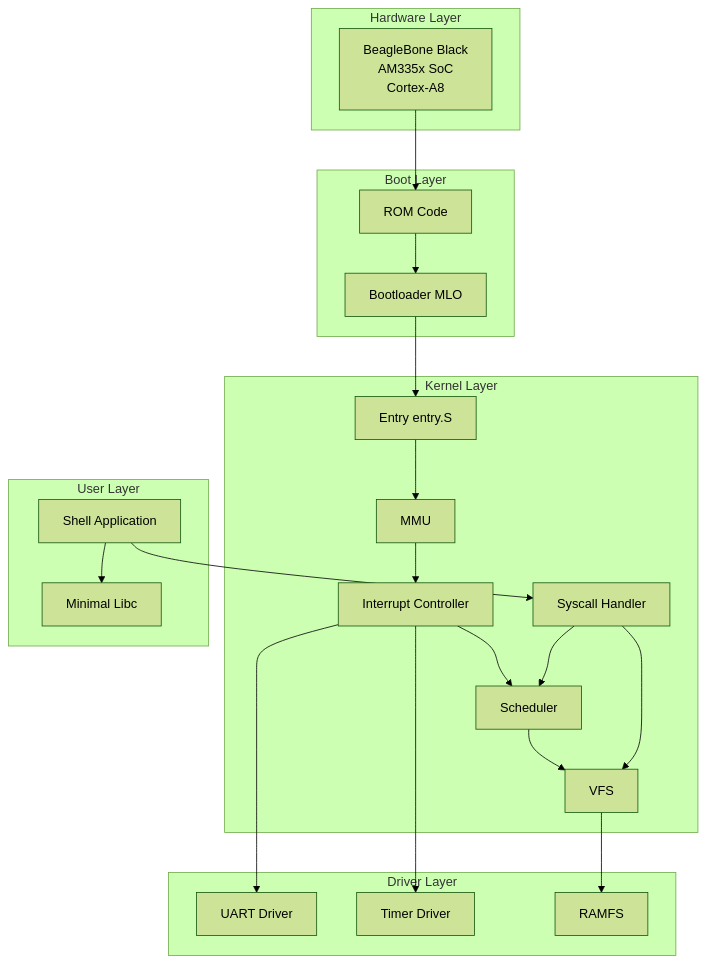
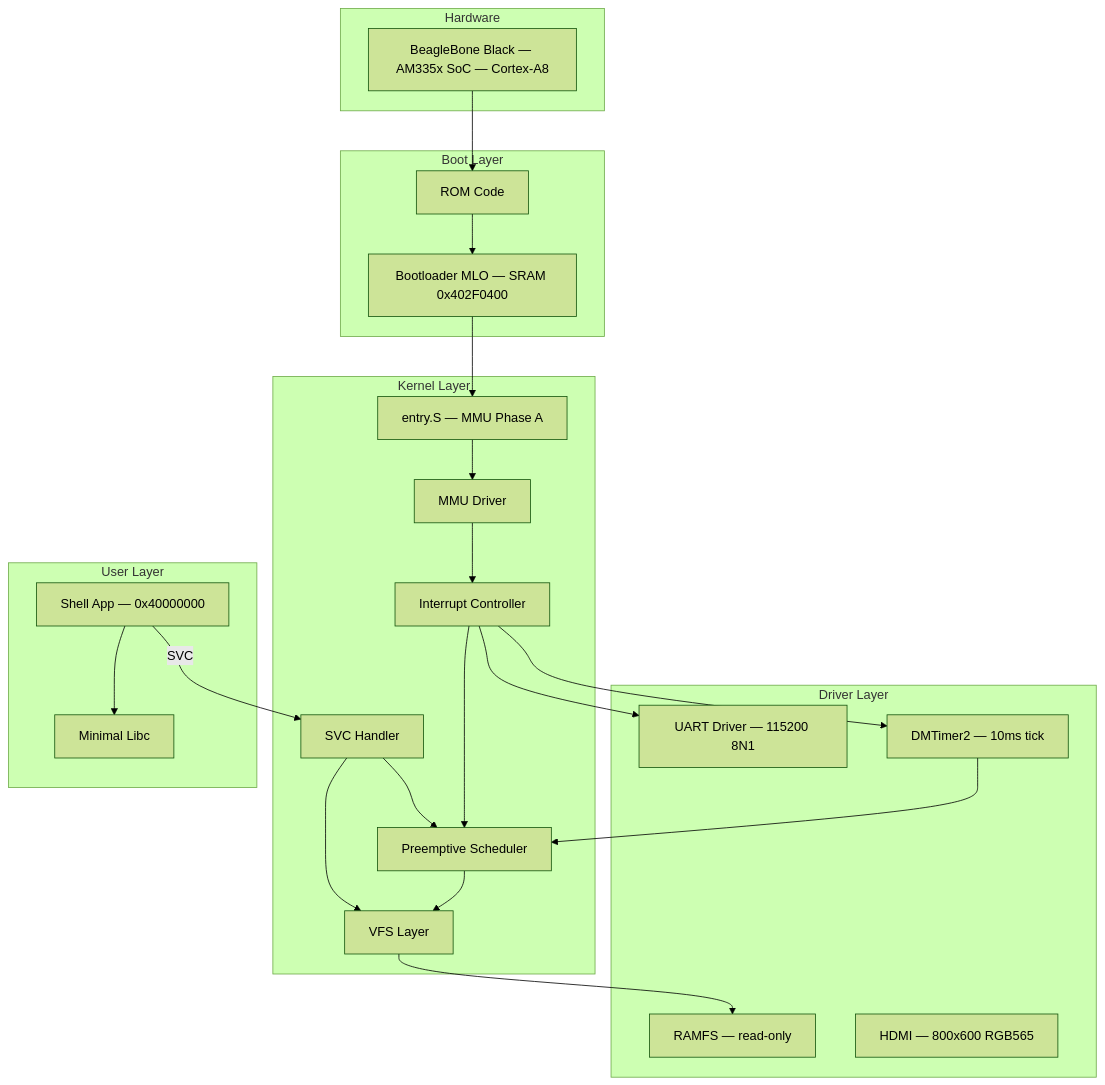
One commit to MizuCaster/Vinix-OS changed the first of 3 diagrams in VinixOS/docs/99-system-overview.md. Above: the diagram before and after it, drawn with Mermaid (forest theme). The commit also changed other lines of this file and 18 other files, not shown here.

````diff
--- a/VinixOS/docs/99-system-overview.md
+++ b/VinixOS/docs/99-system-overview.md
@@ -18,46 +11,41 @@
 ```mermaid
 graph TB
-    subgraph "Hardware Layer"
-        HW[BeagleBone Black<br/>AM335x SoC<br/>Cortex-A8]
+    subgraph "Hardware"
+        HW[BeagleBone Black — AM335x SoC — Cortex-A8]
     end
-    
+
     subgraph "Boot Layer"
         ROM[ROM Code]
-        MLO[Bootloader MLO]
+        MLO[Bootloader MLO — SRAM 0x402F0400]
     end
-    
+
     subgraph "Kernel Layer"
-        ENTRY[Entry entry.S]
-        MMU[MMU]
+        ENTRY[entry.S — MMU Phase A]
+        MMU[MMU Driver]
         INTC[Interrupt Controller]
-        SCHED[Scheduler]
-        VFS[VFS]
-        SYSCALL[Syscall Handler]
+        SCHED[Preemptive Scheduler]
+        VFS[VFS Layer]
+        SYSCALL[SVC Handler]
     end
-    
+
     subgraph "Driver Layer"
-        UART[UART Driver]
-        TIMER[Timer Driver]
-        RAMFS[RAMFS]
+        UART[UART Driver — 115200 8N1]
+        TIMER[DMTimer2 — 10ms tick]
+        RAMFS[RAMFS — read-only]
+        GRAPHICS[HDMI — 800x600 RGB565]
     end
-    
+
     subgraph "User Layer"
-        SHELL[Shell Application]
+        SHELL[Shell App — 0x40000000]
         LIBC[Minimal Libc]
     end
-    
-    HW --> ROM
-    ROM --> MLO
-    MLO --> ENTRY
-    ENTRY --> MMU
-    MMU --> INTC
-    INTC --> SCHED
-    SCHED --> VFS
-    VFS --> RAMFS
+
+    HW --> ROM --> MLO --> ENTRY
+    ENTRY --> MMU --> INTC --> SCHED
+    SCHED --> VFS --> RAMFS
     INTC --> UART
-    INTC --> TIMER
-    SHELL --> SYSCALL
-    SYSCALL --> VFS
+    INTC --> TIMER --> SCHED
+    SHELL -->|SVC| SYSCALL --> VFS
     SYSCALL --> SCHED
     SHELL --> LIBC
 ```
````
